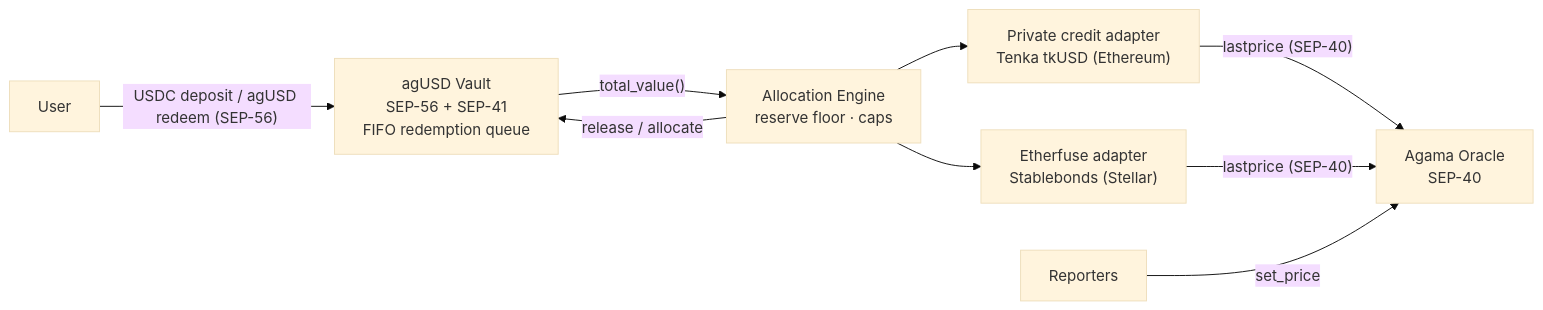
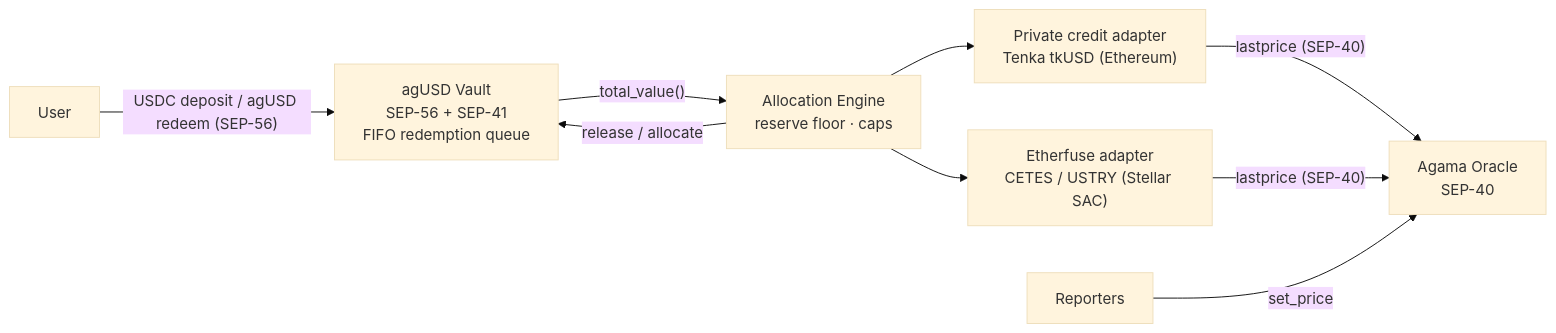
The diagram in README.md (agamafinance/agama-stellar-vaults), drawn with Mermaid (base theme) before and after one commit. The commit also changed other lines of this file and 2 other files, not shown here.

Commit message:
Docs: Etherfuse operator-settled model, roles and open points

````diff
--- a/README.md
+++ b/README.md
@@ -10,11 +10,11 @@
 ```mermaid
 flowchart LR
     U[User] -- "USDC deposit / agUSD redeem (SEP-56)" --> V["agUSD Vault<br/>SEP-56 + SEP-41<br/>FIFO redemption queue"]
     V -- "total_value()" --> E["Allocation Engine<br/>reserve floor · caps"]
     E -- "release / allocate" --> V
     E --> PC["Private credit adapter<br/>Tenka tkUSD (Ethereum)"]
-    E --> EF["Etherfuse adapter<br/>Stablebonds (Stellar)"]
+    E --> EF["Etherfuse adapter<br/>CETES / USTRY (Stellar SAC)"]
     PC -- "lastprice (SEP-40)" --> O["Agama Oracle<br/>SEP-40"]
     EF -- "lastprice (SEP-40)" --> O
     R[Reporters] -- "set_price" --> O
 ```
````
